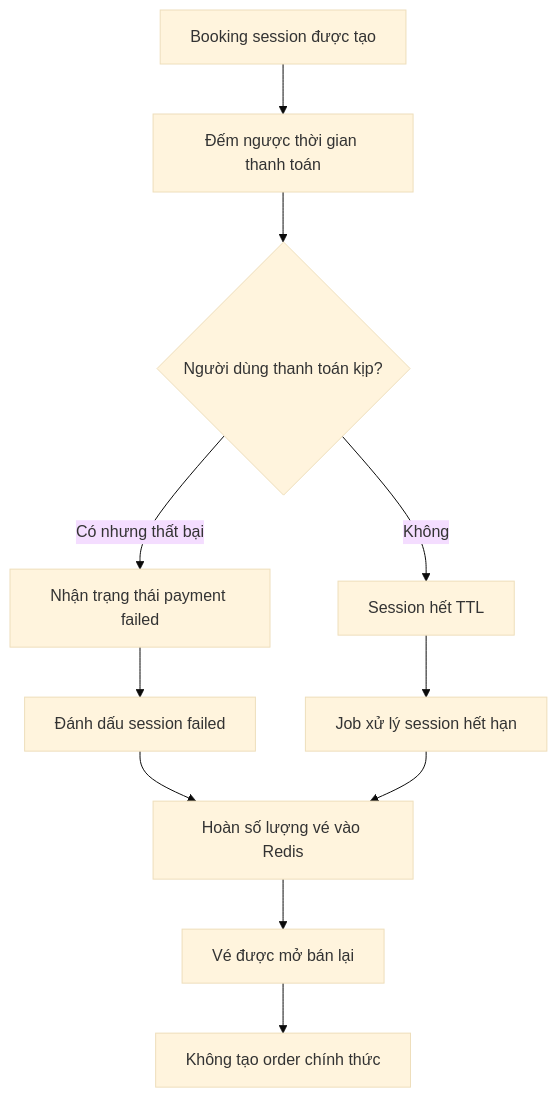
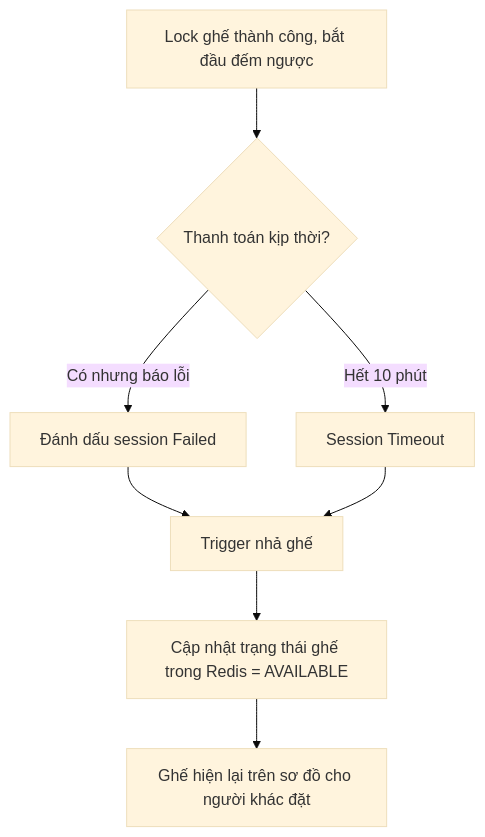
One commit to huypham200104/fcj-online-ticketing-system changed the fourth of 5 diagrams in docs/program-flow.md. Above: the diagram before and after it, drawn with Mermaid (base theme). The commit also changed other lines of this file and 110 other files, not shown here.

````diff
--- a/docs/program-flow.md
+++ b/docs/program-flow.md
@@ -113,13 +77,10 @@
 ```mermaid
 flowchart TD
-    A[Booking session được tạo] --> B[Đếm ngược thời gian thanh toán]
-    B --> C{Người dùng thanh toán kịp?}
-    C -- Có nhưng thất bại --> D[Nhận trạng thái payment failed]
-    C -- Không --> E[Session hết TTL]
-    D --> F[Đánh dấu session failed]
-    E --> G[Job xử lý session hết hạn]
-    F --> H[Hoàn số lượng vé vào Redis]
-    G --> H
-    H --> I[Vé được mở bán lại]
-    I --> J[Không tạo order chính thức]
+    A[Lock ghế thành công, bắt đầu đếm ngược] --> B{Thanh toán kịp thời?}
+    B -- Có nhưng báo lỗi --> C[Đánh dấu session Failed]
+    B -- Hết 10 phút --> D[Session Timeout]
+    C --> E[Trigger nhả ghế]
+    D --> E
+    E --> F[Cập nhật trạng thái ghế trong Redis = AVAILABLE]
+    F --> G[Ghế hiện lại trên sơ đồ cho người khác đặt]
 ```
````
